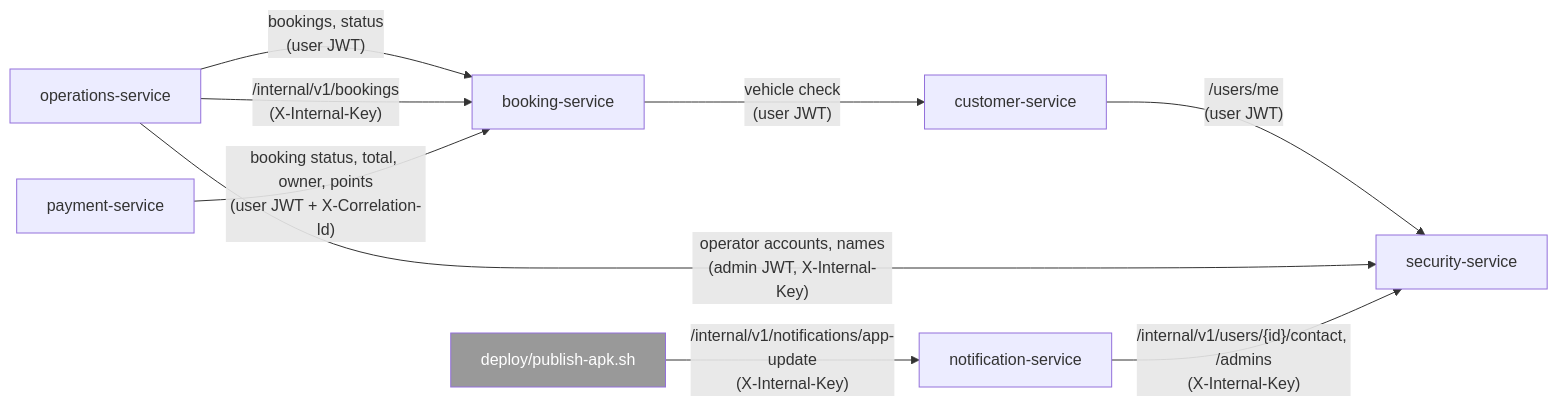
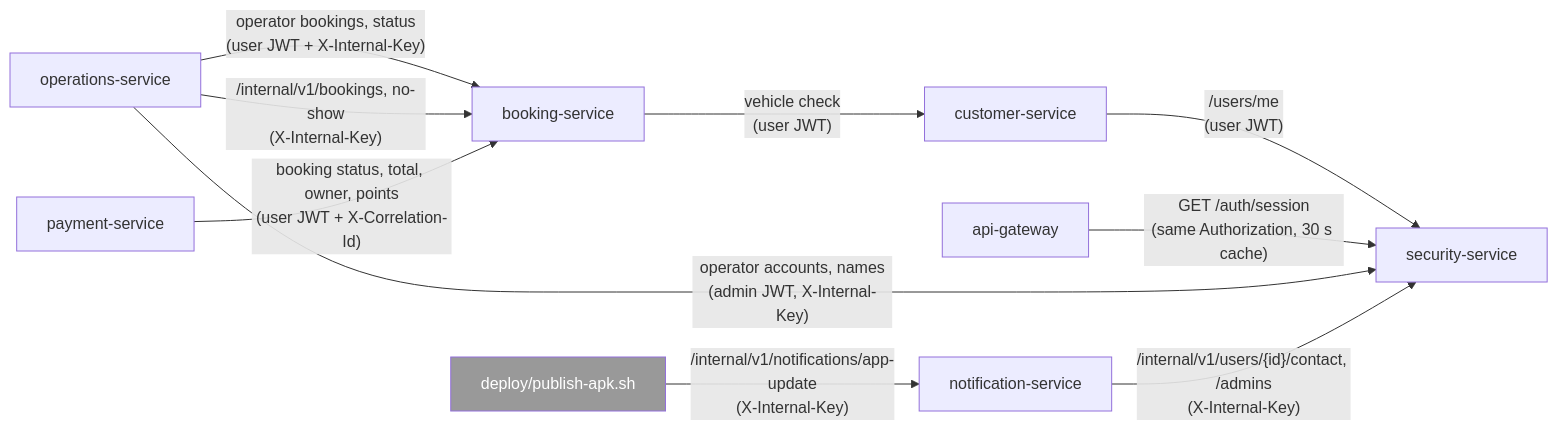
One commit to code-sena/vehicle-w-docs changed the second of 3 diagrams in 08-uml/diagrams/source/c2-containers.md. Above: the diagram before and after it, drawn with Mermaid. The commit also changed other lines of this file and 9 other files, not shown here.

First line of the commit message:
docs(events): document the real event catalog with BookingStatusChanged, ServiceNotStarted, ServiceNotFinished and bookingId in payment

````diff
--- a/08-uml/diagrams/source/c2-containers.md
+++ b/08-uml/diagrams/source/c2-containers.md
@@ -61,21 +61,23 @@
 ```mermaid
 flowchart LR
     booking[booking-service]
     customer[customer-service]
     security[security-service]
     operations[operations-service]
     payment[payment-service]
     notification[notification-service]
     apk[deploy/publish-apk.sh]:::ext
 
     booking -- "vehicle check<br/>(user JWT)" --> customer
     customer -- "/users/me<br/>(user JWT)" --> security
-    operations -- "bookings, status<br/>(user JWT)" --> booking
-    operations -- "/internal/v1/bookings<br/>(X-Internal-Key)" --> booking
+    gateway[api-gateway]
+    gateway -- "GET /auth/session<br/>(same Authorization, 30 s cache)" --> security
+    operations -- "operator bookings, status<br/>(user JWT + X-Internal-Key)" --> booking
+    operations -- "/internal/v1/bookings, no-show<br/>(X-Internal-Key)" --> booking
     operations -- "operator accounts, names<br/>(admin JWT, X-Internal-Key)" --> security
     payment -- "booking status, total, owner, points<br/>(user JWT + X-Correlation-Id)" --> booking
     notification -- "/internal/v1/users/{id}/contact, /admins<br/>(X-Internal-Key)" --> security
     apk -- "/internal/v1/notifications/app-update<br/>(X-Internal-Key)" --> notification
 
     classDef ext fill:#999,color:#fff
 ```
````
